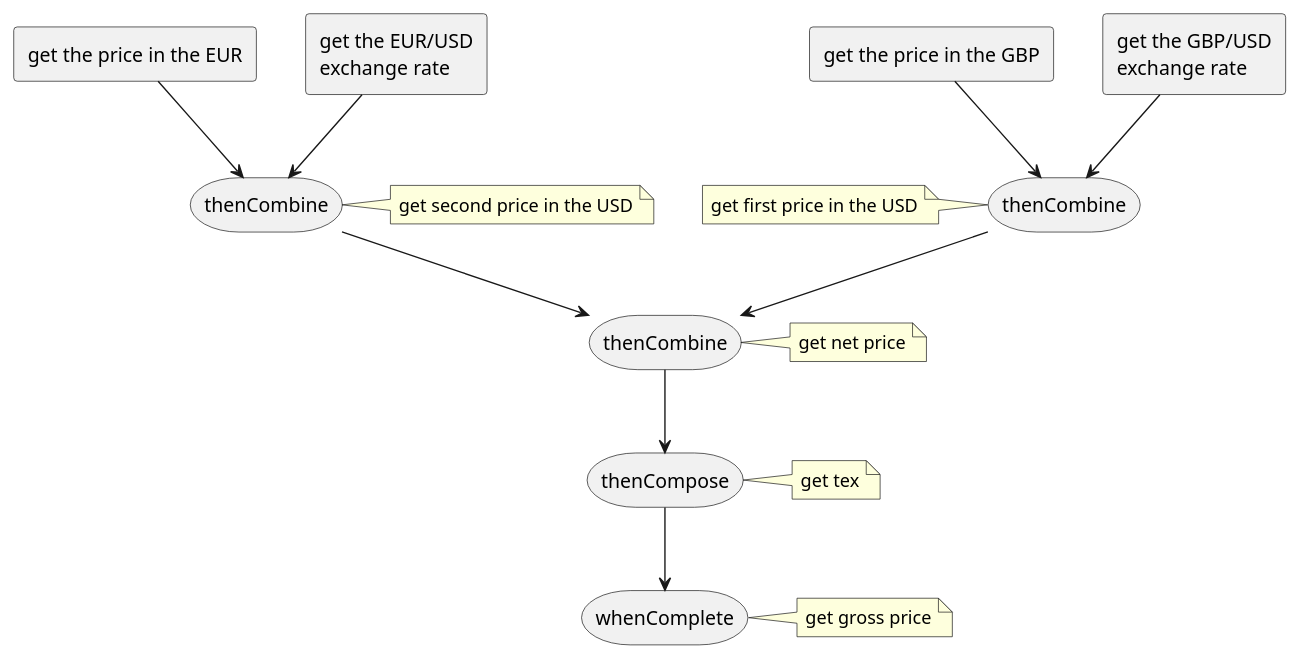
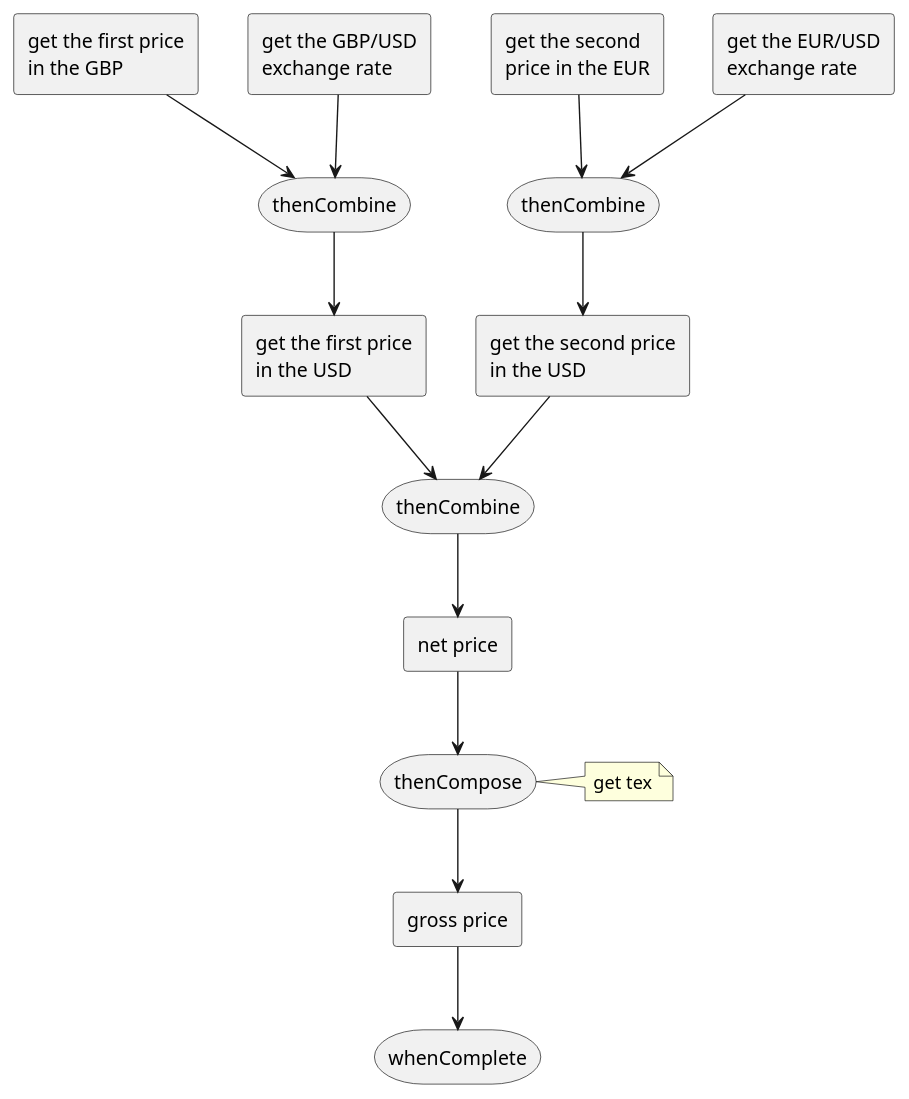
The diagram in images/workflow2.puml (ti-cortex-m4/demo-java-completablefuture), drawn with PlantUML before and after one commit.

```diff
--- a/images/workflow2.puml
+++ b/images/workflow2.puml
@@ -1,35 +1,39 @@
 @startuml
 
-rectangle "get the price in the GBP" as step1
+rectangle "get the first price\nin the GBP" as step1
 rectangle "get the GBP/USD\nexchange rate" as step2
 storage  "thenCombine" as step3
-note left of step3 : get first price in the USD
+rectangle "get the first price\nin the USD" as step3a
 
-rectangle "get the price in the EUR" as step4
+rectangle "get the second\nprice in the EUR" as step4
 rectangle "get the EUR/USD\nexchange rate" as step5
 storage  "thenCombine" as step6
-note right of step6 : get second price in the USD
+rectangle "get the second price\nin the USD" as step6a
 
 storage  "thenCombine" as step7
-note right of step7 : get net price
+rectangle "net price" as step7a
 
 storage  "thenCompose" as step8
 note right of step8 : get tex
+rectangle "gross price" as step8a
 
 storage  "whenComplete" as step9
-note right of step9 : get gross price
 
 step1 --> step3
 step2 --> step3
+step3 --> step3a
 
 step4 --> step6
 step5 --> step6
+step6 --> step6a
 
-step3 --> step7
-step6 --> step7
+step3a --> step7
+step6a --> step7
 
-step7 --> step8
+step7 --> step7a
+step7a --> step8
 
-step8 --> step9
+step8 --> step8a
+step8a --> step9
 
 @enduml
```
